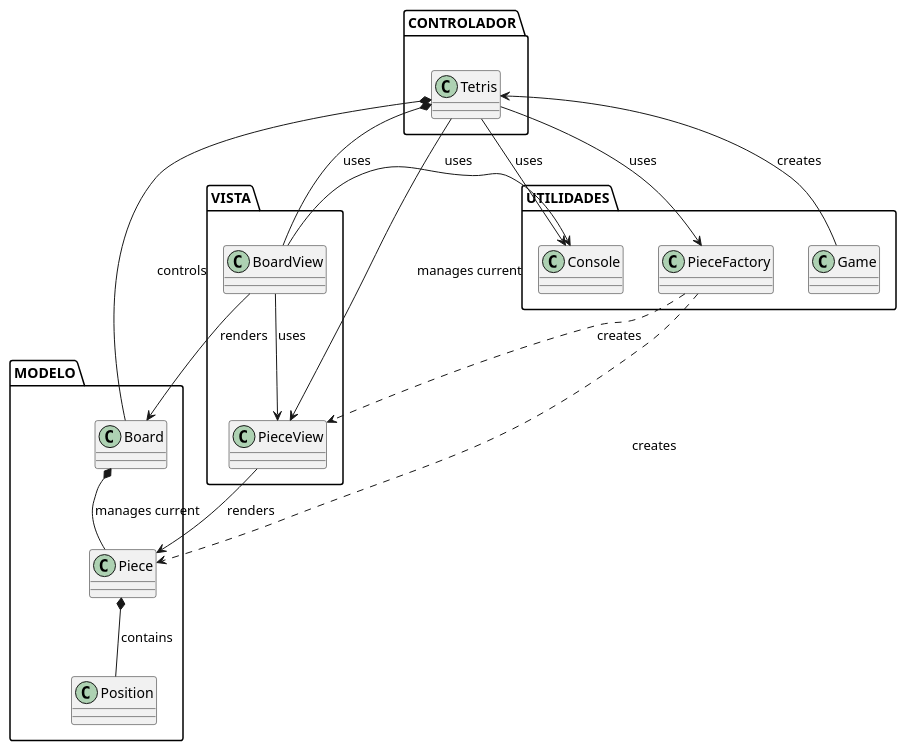
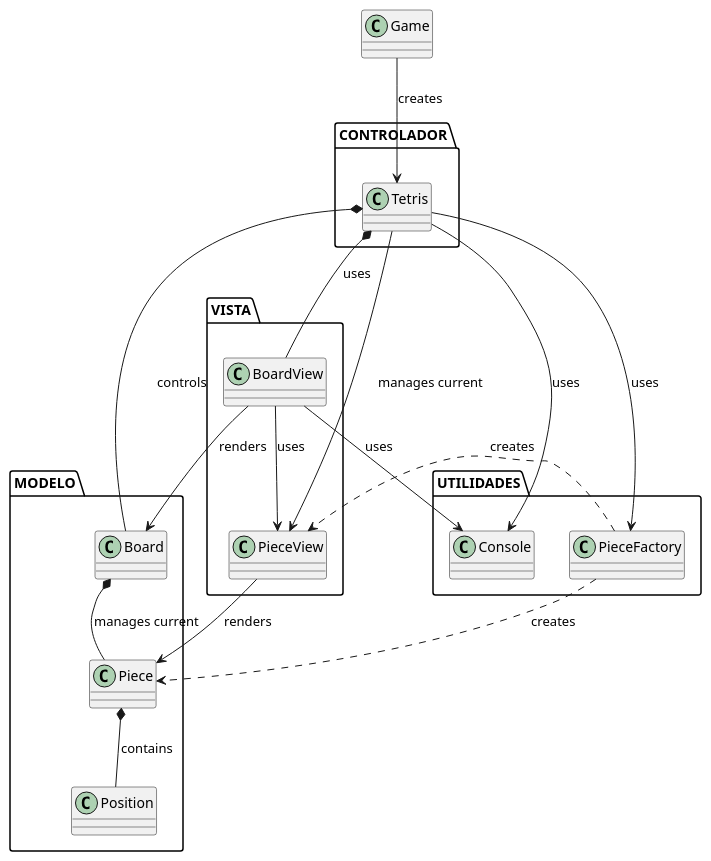
The diagram in modelosUML/MdD.puml (mmasias/pyTetris), drawn with PlantUML before and after one commit. The commit also changed 1 other file, not shown here.

```diff
--- a/modelosUML/MdD.puml
+++ b/modelosUML/MdD.puml
@@ -1,44 +1,43 @@
 @startuml
 
 package MODELO as "MODELO" {
     class Board
     class Piece
     class Position
 }
 
 package "VISTA" {
     class BoardView
     class PieceView
 }
 
 package "CONTROLADOR" {
     class Tetris
 }
 
 package "UTILIDADES" {
+    class PieceFactory
     class Console
-    class PieceFactory
-    class Game
 }
 
 
 Game --> Tetris : creates
 Tetris *-- Board : controls
 Tetris *-- BoardView : uses
 Tetris --> PieceView : manages current
-Tetris --> Console : uses
-Tetris --> PieceFactory : uses
+Tetris ---> Console : uses
+Tetris ---> PieceFactory : uses
 
 Board *-- Piece : manages current
 Piece *-- Position : contains
 
 BoardView --> Console : uses
 BoardView --> Board : renders
 BoardView --> PieceView : uses
 PieceView --> Piece : renders
 
 PieceFactory ..> Piece : creates
 PieceFactory ..> PieceView : creates
 
 
 @enduml
```
